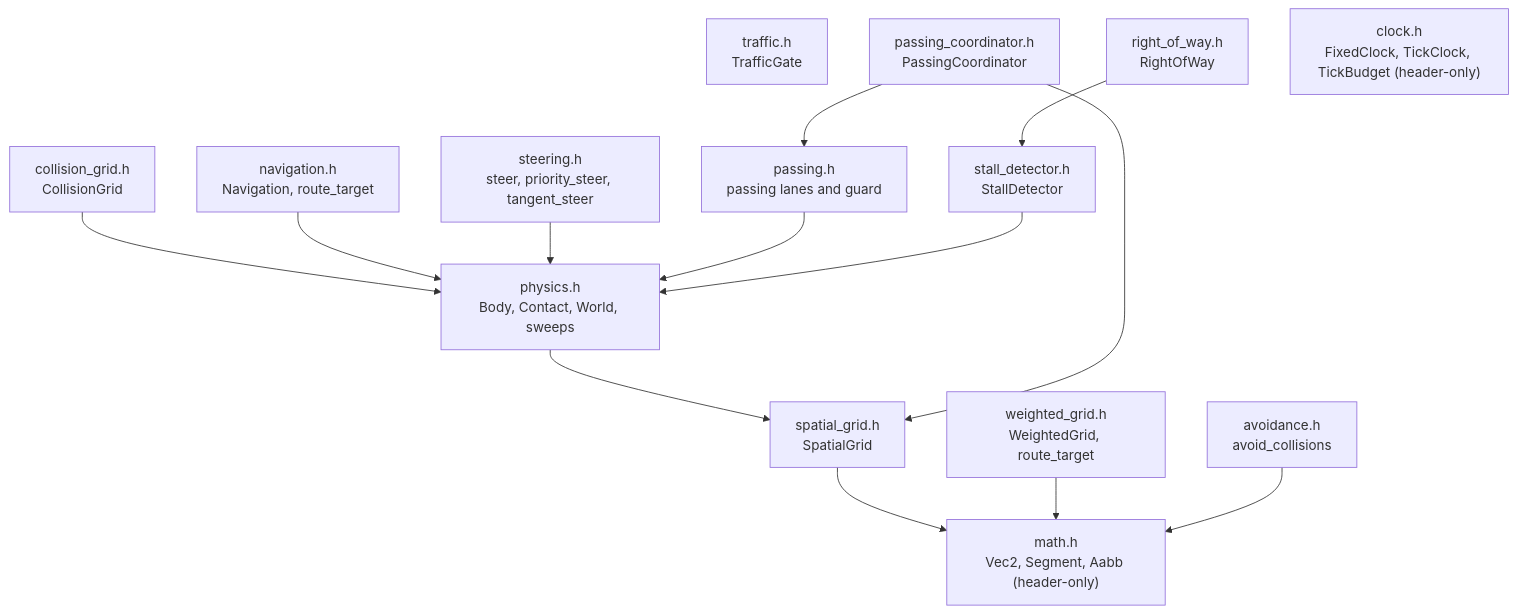
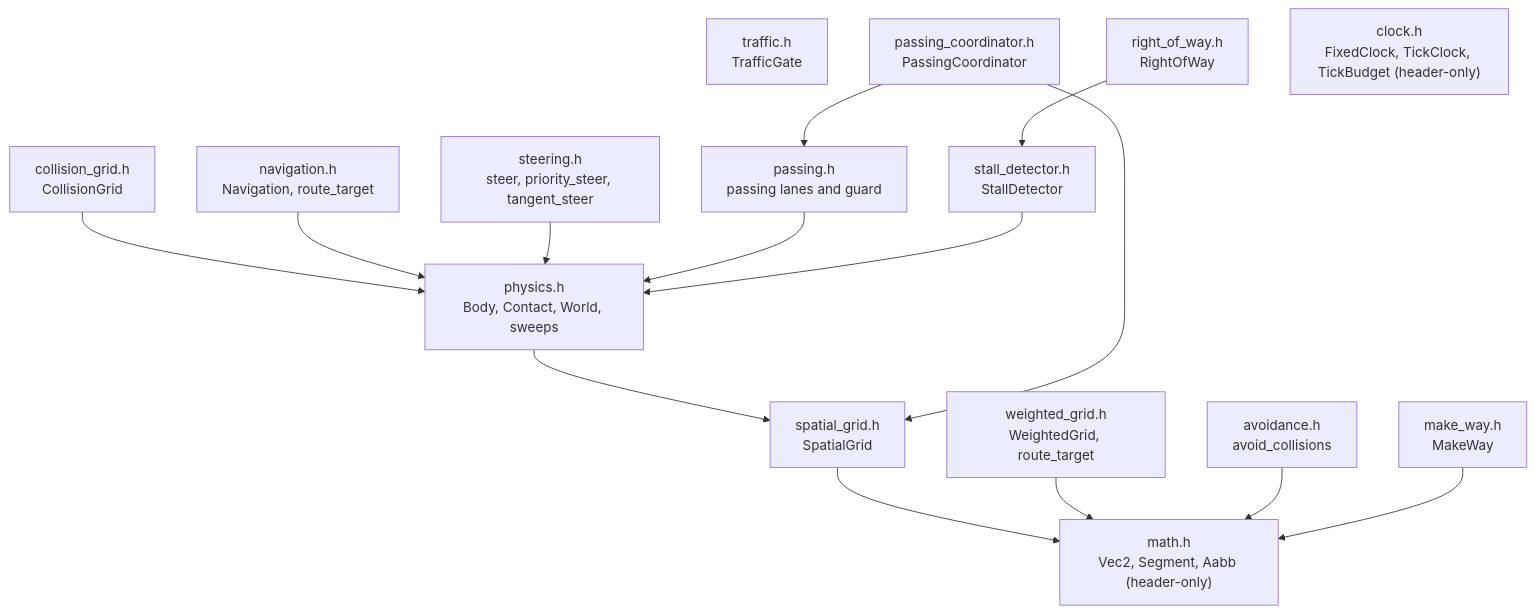
One commit to SMB-M87/Kinetra changed the first of 2 diagrams in src/simulation/README.md. Above: the diagram before and after it, drawn with Mermaid. The commit also changed other lines of this file and 8 other files, not shown here.

Commit message:
feat(simulation): add the make-way request lifecycle

````diff
--- a/src/simulation/README.md
+++ b/src/simulation/README.md
@@ -41,29 +41,31 @@
 ```mermaid
 flowchart TD
     Math["math.h<br/>Vec2, Segment, Aabb (header-only)"]
     Grid["spatial_grid.h<br/>SpatialGrid"]
     Physics["physics.h<br/>Body, Contact, World, sweeps"]
     CGrid["collision_grid.h<br/>CollisionGrid"]
     Nav["navigation.h<br/>Navigation, route_target"]
     WGrid["weighted_grid.h<br/>WeightedGrid, route_target"]
     Steer["steering.h<br/>steer, priority_steer, tangent_steer"]
     Avoid["avoidance.h<br/>avoid_collisions"]
     Traffic["traffic.h<br/>TrafficGate"]
     Passing["passing.h<br/>passing lanes and guard"]
     Coordinator["passing_coordinator.h<br/>PassingCoordinator"]
     Stall["stall_detector.h<br/>StallDetector"]
     Right["right_of_way.h<br/>RightOfWay"]
+    MakeWay["make_way.h<br/>MakeWay"]
     Clock["clock.h<br/>FixedClock, TickClock, TickBudget (header-only)"]
     Grid --> Math
     Physics --> Grid
     CGrid --> Physics
     Nav --> Physics
     Steer --> Physics
     WGrid --> Math
     Avoid --> Math
     Passing --> Physics
     Coordinator --> Passing
     Coordinator --> Grid
     Stall --> Physics
     Right --> Stall
+    MakeWay --> Math
 ```
````
